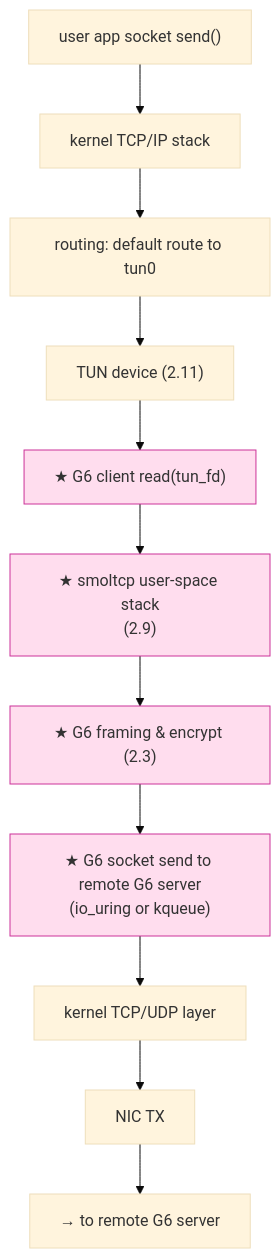
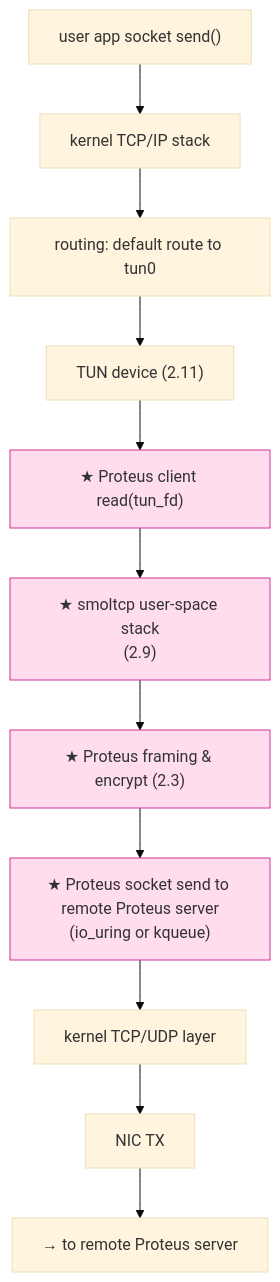
The third of 6 diagrams in lessons/part-2-high-perf-io/2.14-final-picture.md (Icarus603/network-from-scratch), drawn with Mermaid (base theme) before and after one commit. The commit also changed other lines of this file and 300 other files, not shown here.

````diff
--- a/lessons/part-2-high-perf-io/2.14-final-picture.md
+++ b/lessons/part-2-high-perf-io/2.14-final-picture.md
@@ -140,28 +140,28 @@
 ```mermaid
 flowchart TD
     APP["user app socket send()"]
     STACK["kernel TCP/IP stack"]
     RT["routing: default route to tun0"]
     TUN["TUN device (2.11)"]
-    USR_TUN_READ["★ G6 client read(tun_fd)"]
+    USR_TUN_READ["★ Proteus client read(tun_fd)"]
     USR_STACK["★ smoltcp user-space stack<br/>(2.9)"]
-    USR_PROTO["★ G6 framing & encrypt (2.3)"]
-    USR_SOCK["★ G6 socket send to remote G6 server<br/>(io_uring or kqueue)"]
+    USR_PROTO["★ Proteus framing & encrypt (2.3)"]
+    USR_SOCK["★ Proteus socket send to remote Proteus server<br/>(io_uring or kqueue)"]
     K_SOCK["kernel TCP/UDP layer"]
     NIC_OUT["NIC TX"]
-    WIRE["→ to remote G6 server"]
+    WIRE["→ to remote Proteus server"]
 
     APP --> STACK
     STACK --> RT
     RT --> TUN
     TUN --> USR_TUN_READ
     USR_TUN_READ --> USR_STACK
     USR_STACK --> USR_PROTO
     USR_PROTO --> USR_SOCK
     USR_SOCK --> K_SOCK
     K_SOCK --> NIC_OUT
     NIC_OUT --> WIRE
 
     classDef ours fill:#fde,stroke:#c39
     class USR_TUN_READ,USR_STACK,USR_PROTO,USR_SOCK ours
 ```
````
